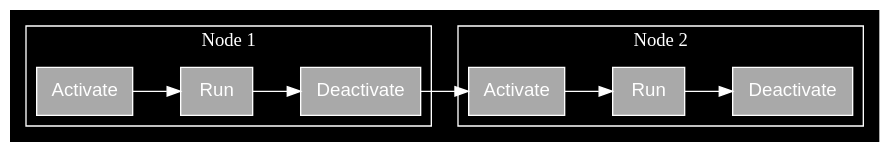
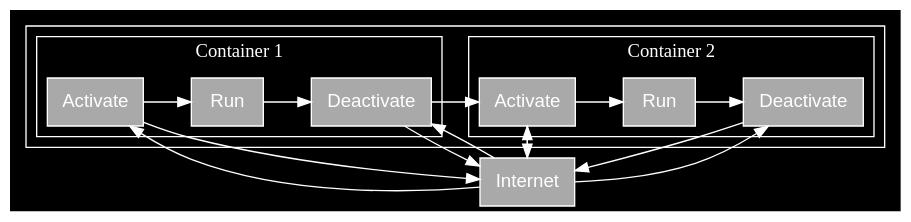
The diagram in gv/turboactivate.gv (jmcphers/rsp11-features), drawn with Graphviz before and after one commit. The commit also changed 4 other files, not shown here.

```diff
--- a/gv/turboactivate.gv
+++ b/gv/turboactivate.gv
@@ -1,25 +1,37 @@
 digraph ta {
   graph [bgcolor="black", color="white", fontcolor="white"]
   node [shape=box, fontname=Helvetica, fillcolor="darkgray", style=filled, fontcolor="white", color="white"]
   edge [fontname=Helvetica, fontsize=10, color="white"]
   rankdir = "LR";
   
-  subgraph cluster_0 {
-      rankdir = "BT";
-      a1 [label = "Activate"];
-      r1 [label = "Run"];
-      d1 [label = "Deactivate"];
-      label = "Node 1";
-      a1 -> r1 -> d1;
+  subgraph cluster_rsp {
+      subgraph cluster_0 {
+          rankdir = "BT";
+          a1 [label = "Activate"];
+          r1 [label = "Run"];
+          d1 [label = "Deactivate"];
+          label = "Container 1";
+          a1 -> r1 -> d1;
+      }
+      subgraph cluster_1 {
+          rankdir = "BT";
+          a2 [label = "Activate"];
+          r2 [label = "Run"];
+          d2 [label = "Deactivate"];
+          label = "Container 2";
+          a2 -> r2 -> d2;
+      }
   }
-  subgraph cluster_1 {
-      rankdir = "BT";
-      a2 [label = "Activate"];
-      r2 [label = "Run"];
-      d2 [label = "Deactivate"];
-      label = "Node 2";
-      a2 -> r2 -> d2;
-  }
+  
+  i [label = "Internet"];
+  a1 -> i;
+  d1 -> i;
+  a2 -> i;
+  d2 -> i;
+  i -> a1;
+  i -> a2;
+  i -> d1;
+  i -> d2;
 
   d1 -> a2 [lhead=cluster_0,ltail=cluster_1];
 }
```
